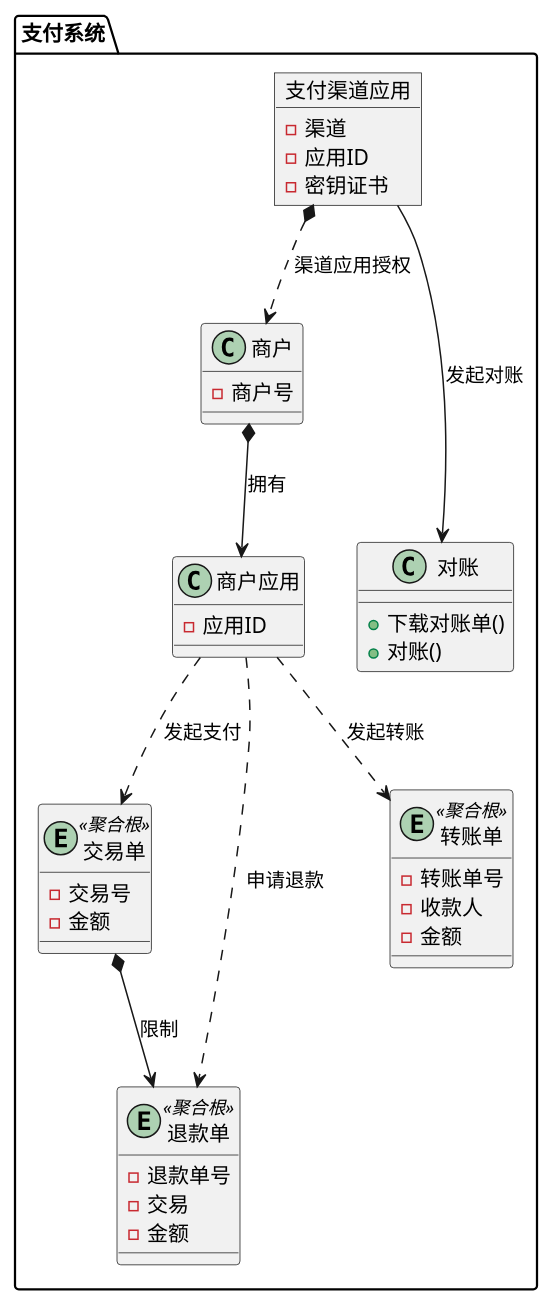
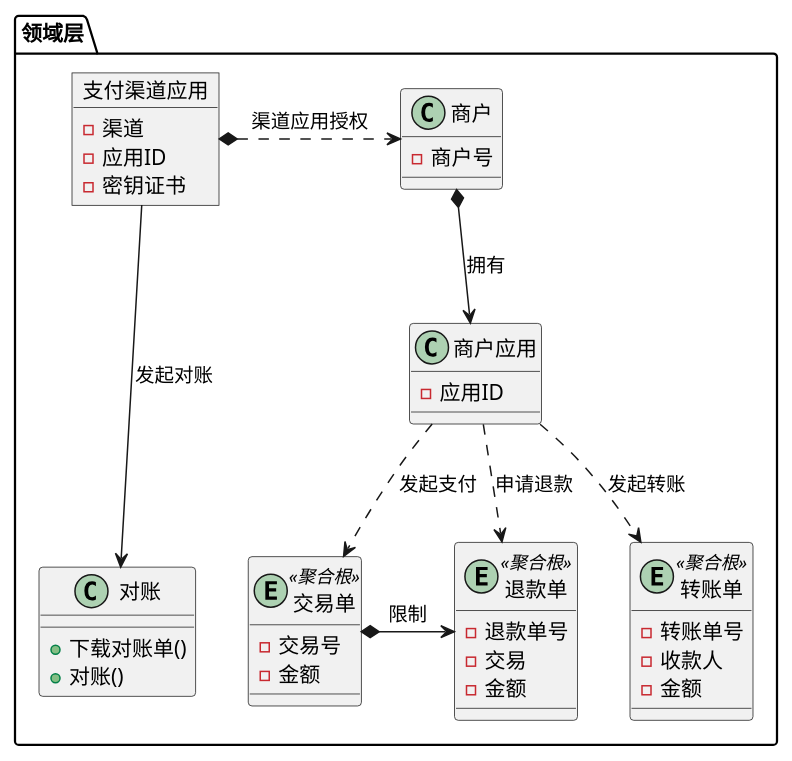
Before and after one commit to red-jasmine/docs: the second of 2 diagrams in docs/payments/index.md, drawn with PlantUML. The commit also changed other lines of this file and 3 other files, not shown here.

````diff
--- a/docs/payments/index.md
+++ b/docs/payments/index.md
@@ -65,60 +83,58 @@
 ```plantuml
 @startuml
-package 支付系统 {
+
+package 领域层 {
 
 object 支付渠道应用{
 	- 渠道
 	- 应用ID
 	- 密钥证书
 }
 
 class 商户{
 - 商户号
 }
 class 商户应用{
 - 应用ID
 }
-支付渠道应用 *..> 商户: 渠道应用授权
+支付渠道应用 *.> 商户: 渠道应用授权
 
 商户 *-->  商户应用:拥有
-
-
-
 
 
 entity 交易单 <<聚合根>>{
  - 交易号
  - 金额
 }
 
 entity 退款单 <<聚合根>>{
 - 退款单号
 - 交易
 - 金额
 }
-交易单 *--> 退款单: 限制
+交易单 *-> 退款单: 限制
 
 entity 转账单 <<聚合根>>{
 - 转账单号
 - 收款人
 - 金额
 }
 
 商户应用 ..> 交易单: 发起支付
 商户应用 ..> 退款单: 申请退款
 商户应用 ..> 转账单: 发起转账
 
 
 
 
 class 对账{
 +下载对账单()
 +对账()
 }
 
 支付渠道应用 ---> 对账:发起对账 
 
 }
 
 @enduml
 ```
````
